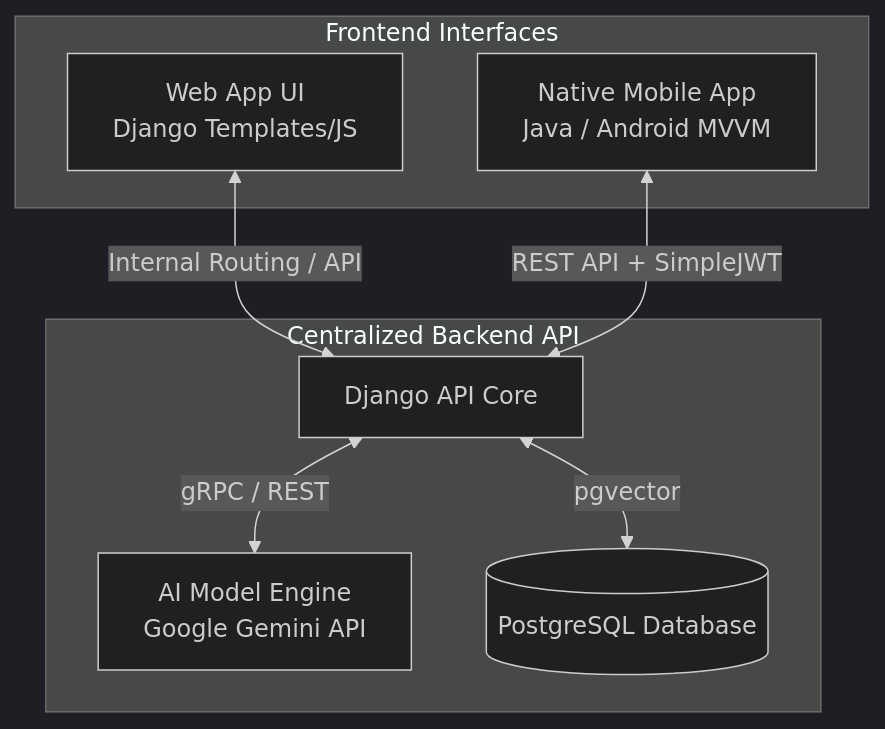
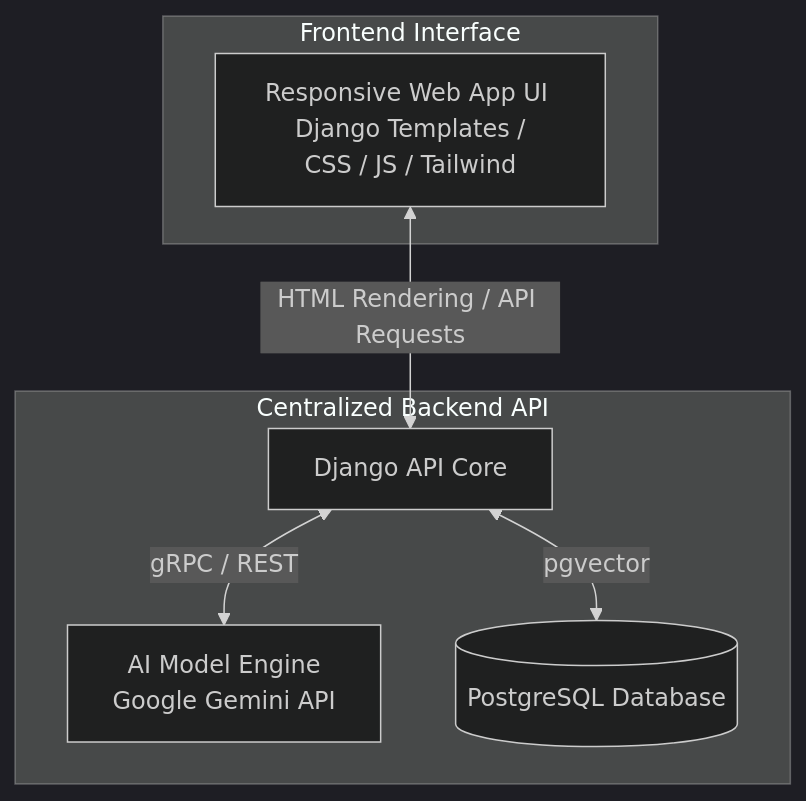
Before and after one commit to arunkg005/ADAPT: the diagram in system_architecture.md, drawn with Mermaid (dark theme). The commit also changed other lines of this file and 173 other files, not shown here.

Commit message:
Decommission dedicated native mobile app in favor of unified responsive web app

````diff
--- a/system_architecture.md
+++ b/system_architecture.md
@@ -9,18 +9,16 @@
 ```mermaid
 graph TD
-    subgraph Frontend Interfaces
-        W[Web App UI \n Django Templates/JS]
-        M[Native Mobile App \n Java / Android MVVM]
+    subgraph Frontend Interface
+        W[Responsive Web App UI \n Django Templates / CSS / JS / Tailwind]
     end
 
     subgraph Centralized Backend API
         B[Django API Core]
         AI[AI Model Engine \n Google Gemini API]
         DB[(PostgreSQL Database)]
     end
 
-    W <-->|Internal Routing / API| B
-    M <-->|REST API + SimpleJWT| B
+    W <-->|HTML Rendering / API Requests| B
     B <-->|pgvector| DB
     B <-->|gRPC / REST| AI
 ```
````
